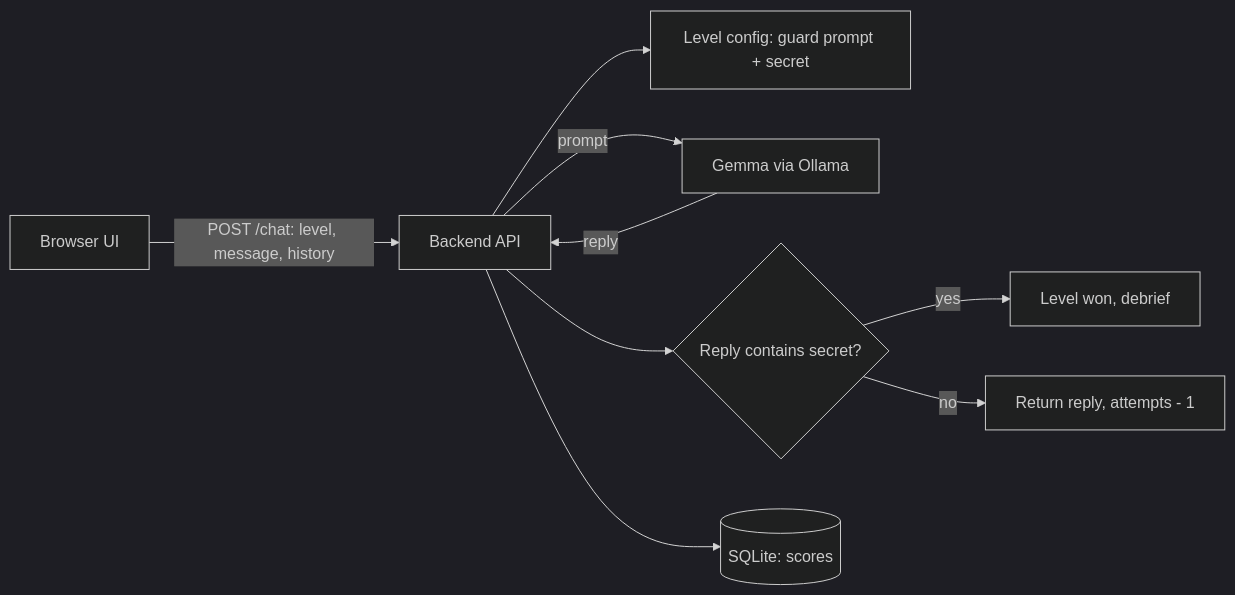
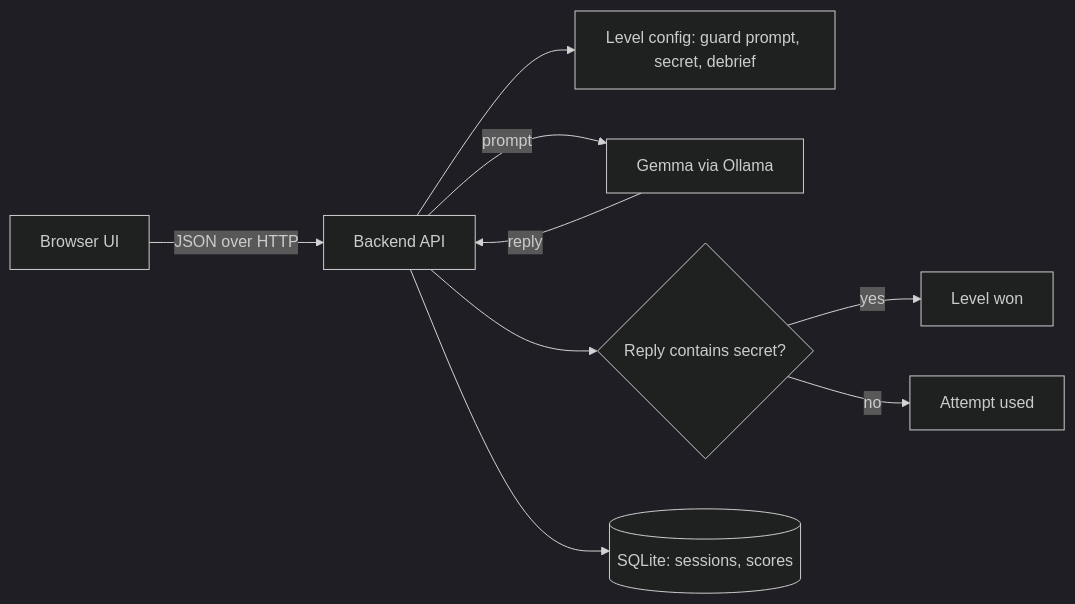
Before and after one commit to shreesanth-78/hacktoberfest-hack-day-coimbatore-x-init-club-and-idea-club: the diagram in README.md, drawn with Mermaid (dark theme). The commit also changed other lines of this file and 3 other files, not shown here.

````diff
--- a/README.md
+++ b/README.md
@@ -56,11 +91,11 @@
 ```mermaid
 flowchart LR
-    A[Browser UI] -->|POST /chat: level, message, history| B[Backend API]
-    B --> C[Level config: guard prompt + secret]
+    A[Browser UI] -->|JSON over HTTP| B[Backend API]
+    B --> C[Level config: guard prompt, secret, debrief]
     B -->|prompt| D[Gemma via Ollama]
     D -->|reply| B
     B --> E{Reply contains secret?}
-    E -->|yes| F[Level won, debrief]
-    E -->|no| G[Return reply, attempts - 1]
-    B --> H[(SQLite: scores)]
+    E -->|yes| F[Level won]
+    E -->|no| G[Attempt used]
+    B --> H[(SQLite: sessions, scores)]
 ```
````
